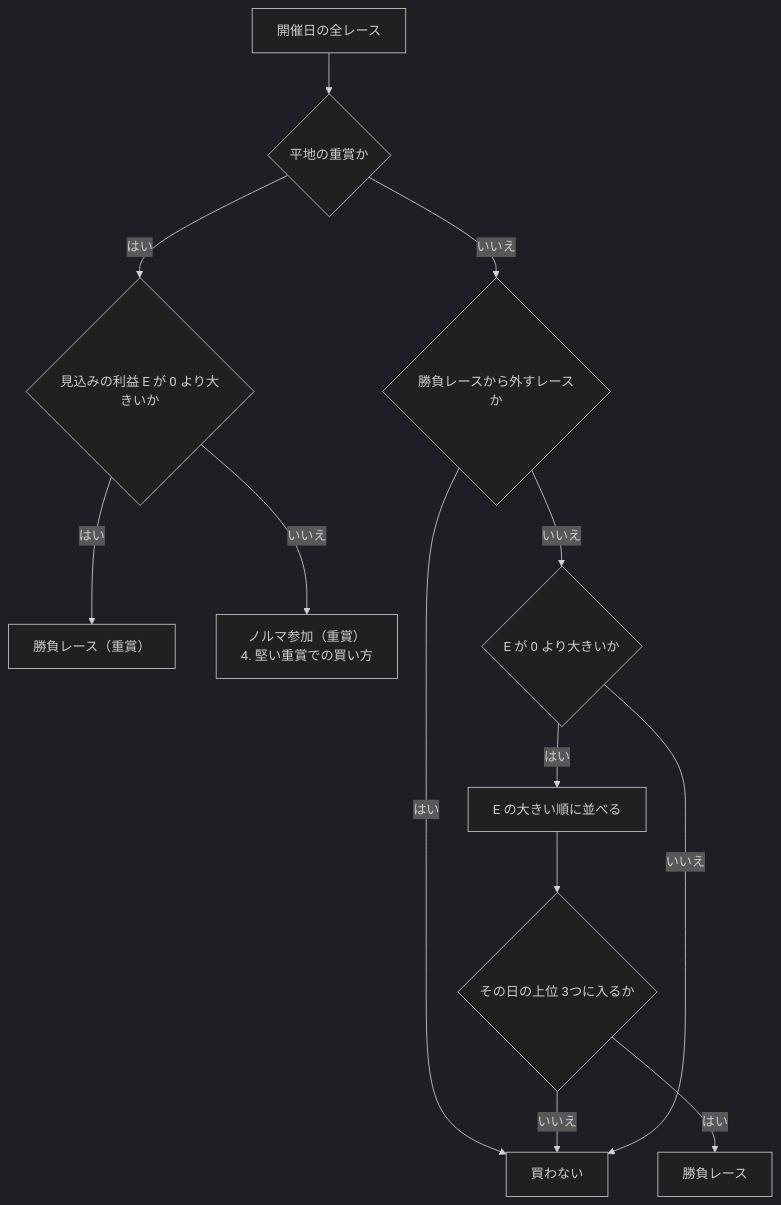
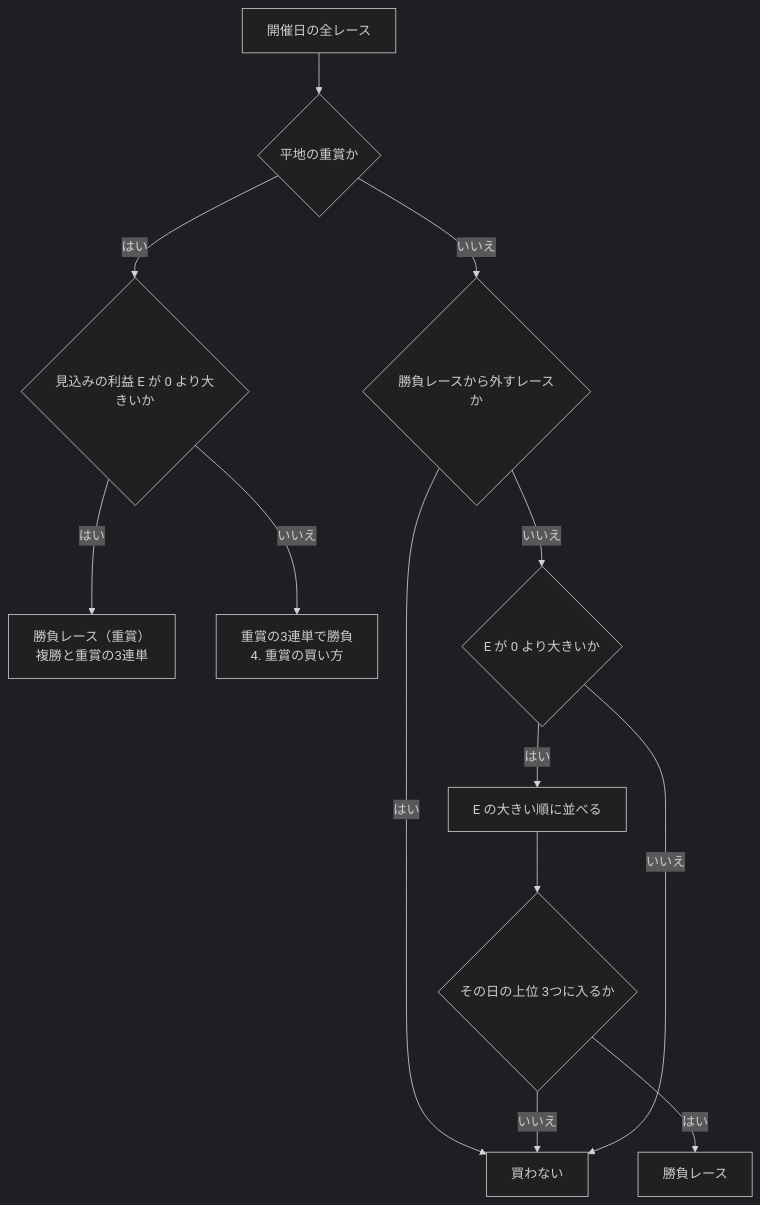
Before and after one commit to ht-0328/keiba-yosou: the diagram in docs/design/買うレースと買い目を決める/03-race-screening.md, drawn with Mermaid (dark theme). The commit also changed other lines of this file and 44 other files, not shown here.

````diff
--- a/docs/design/買うレースと買い目を決める/03-race-screening.md
+++ b/docs/design/買うレースと買い目を決める/03-race-screening.md
@@ -86,15 +87,15 @@
 ```mermaid
 flowchart TD
     A[開催日の全レース] --> B{平地の重賞か}
     B -- はい --> C{見込みの利益 E が 0 より大きいか}
-    C -- はい --> D[勝負レース（重賞）]
-    C -- いいえ --> E[ノルマ参加（重賞）<br/>4. 堅い重賞での買い方]
+    C -- はい --> D[勝負レース（重賞）<br/>複勝と重賞の3連単]
+    C -- いいえ --> E[重賞の3連単で勝負<br/>4. 重賞の買い方]
     B -- いいえ --> F{勝負レースから外すレースか}
     F -- はい --> G[買わない]
     F -- いいえ --> H{E が 0 より大きいか}
     H -- はい --> I[E の大きい順に並べる]
     I --> J{その日の上位 3つに入るか}
     J -- はい --> K[勝負レース]
     J -- いいえ --> G
     H -- いいえ --> G
 ```
````
